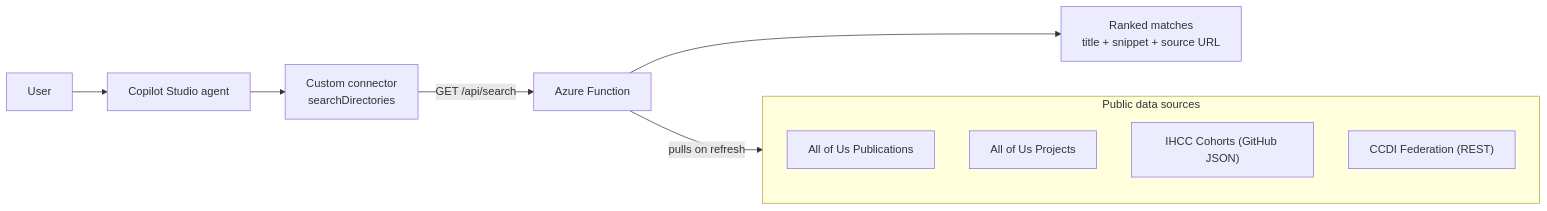
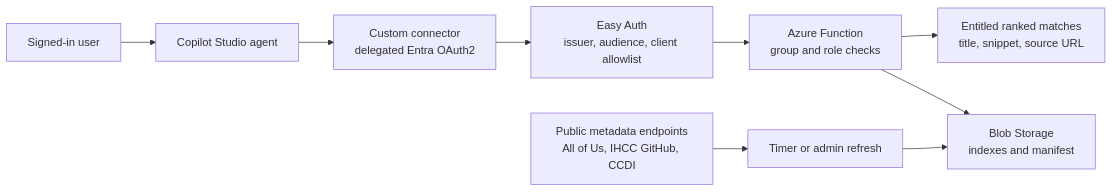
The diagram in docs/diagrams/1-context.mmd (SteveCInVA/AllofUs-Agent), drawn with Mermaid before and after one commit. The commit also changed 16 other files, not shown here.

First line of the commit message:
Enhance security hardening documentation and introduce Azure AI Search migration plan

```diff
--- a/docs/diagrams/1-context.mmd
+++ b/docs/diagrams/1-context.mmd
@@ -1,15 +1,9 @@
 flowchart LR
-    U["User"] --> AG["Copilot Studio agent"]
-    AG --> CC["Custom connector<br/>searchDirectories"]
-    CC -->|"GET /api/search"| FN["Azure Function"]
-    FN --> RES["Ranked matches<br/>title + snippet + source URL"]
-
-    FN -->|"pulls on refresh"| SRC
-
-    subgraph SRC["Public data sources"]
-      direction TB
-      P1["All of Us Publications"]
-      P2["All of Us Projects"]
-      P3["IHCC Cohorts (GitHub JSON)"]
-      P4["CCDI Federation (REST)"]
-    end
+    U["Signed-in user"] --> AG["Copilot Studio agent"]
+    AG --> CC["Custom connector<br/>delegated Entra OAuth2"]
+    CC --> EA["Easy Auth<br/>issuer, audience, client allowlist"]
+    EA --> FN["Azure Function<br/>group and role checks"]
+    FN --> RES["Entitled ranked matches<br/>title, snippet, source URL"]
+    FN --> ST["Blob Storage<br/>indexes and manifest"]
+    SRC["Public metadata endpoints<br/>All of Us, IHCC GitHub, CCDI"] --> RJ["Timer or admin refresh"]
+    RJ --> ST
```
